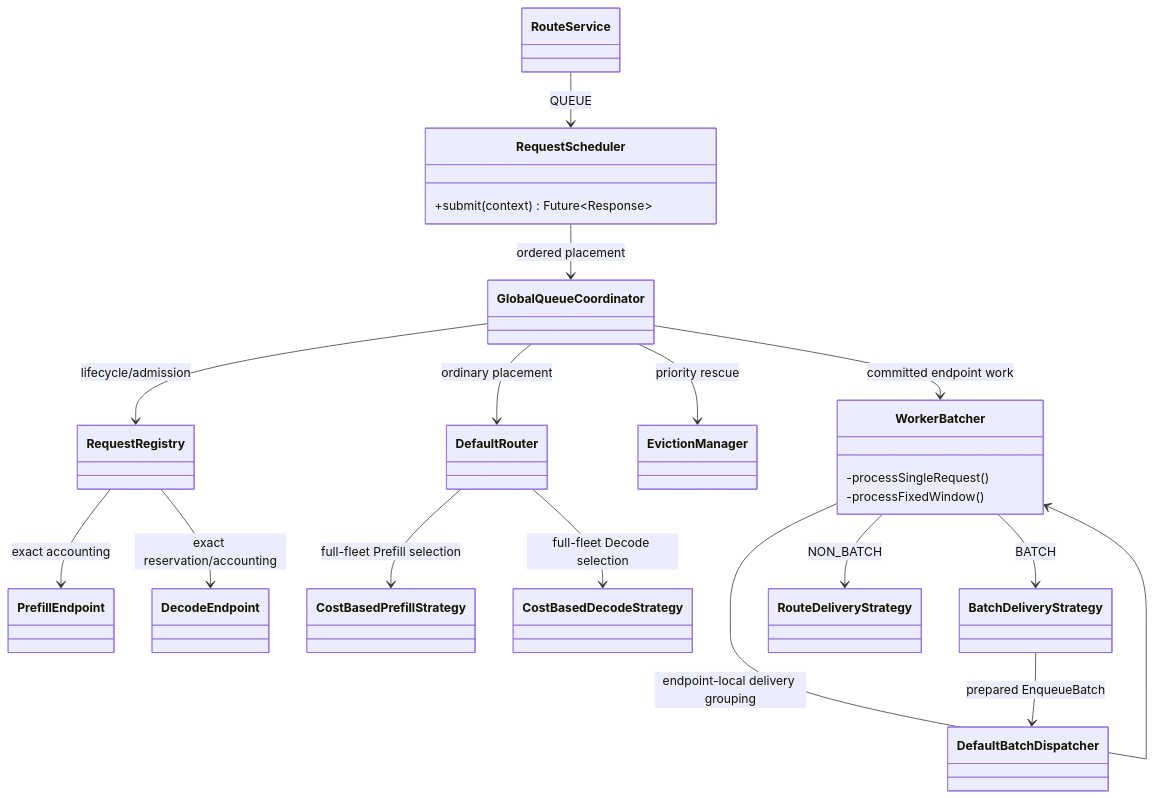
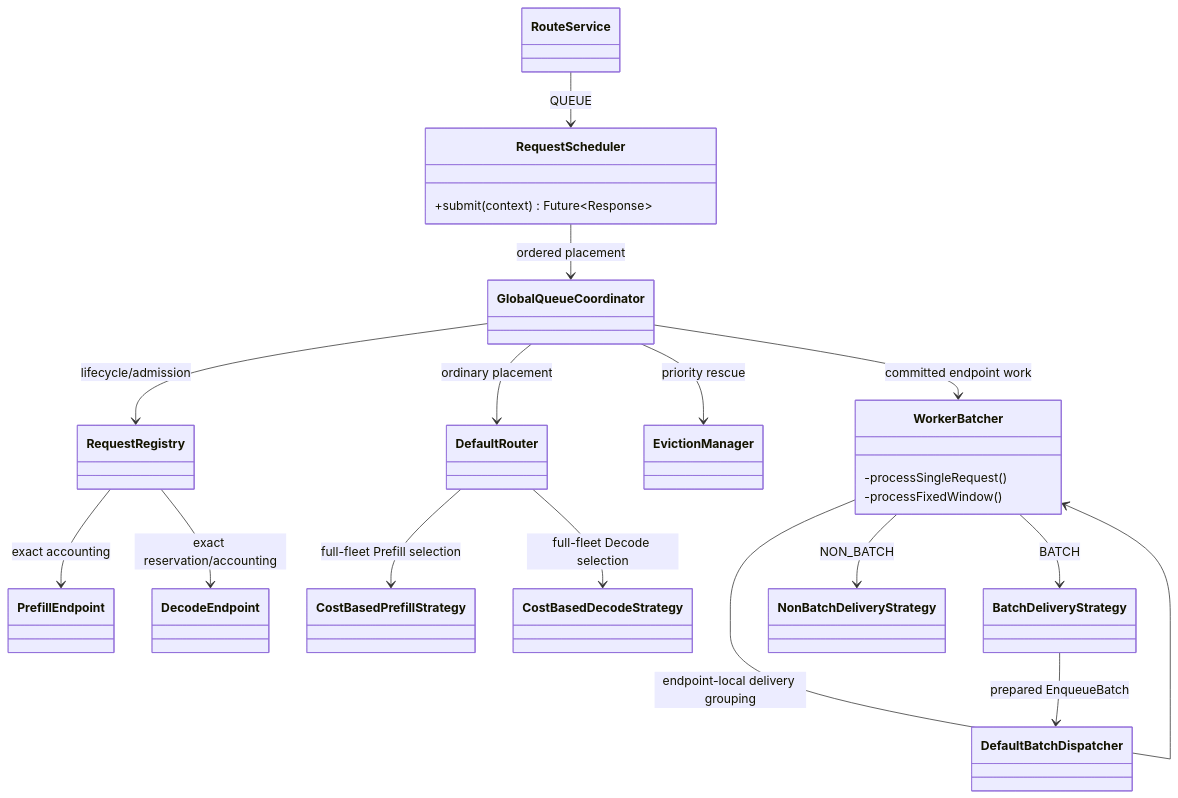
The first of 2 diagrams in rtp_llm/flexlb/docs/priority-scheduler-delivery-modes.md (alibaba/rtp-llm), drawn with Mermaid before and after one commit. The commit also changed 4 other files, not shown here.

First line of the commit message:
refactor(flexlb): move NonBatchTransaction out of NonBatchDeliveryStrategy

````diff
--- a/rtp_llm/flexlb/docs/priority-scheduler-delivery-modes.md
+++ b/rtp_llm/flexlb/docs/priority-scheduler-delivery-modes.md
@@ -27,37 +27,37 @@
 ```mermaid
 classDiagram
     class RouteService
     class DefaultRouter
     class CostBasedPrefillStrategy
     class CostBasedDecodeStrategy
     class RequestScheduler {
         +submit(context) Future~Response~
     }
     class GlobalQueueCoordinator
     class RequestRegistry
     class EvictionManager
     class WorkerBatcher {
         -processSingleRequest()
         -processFixedWindow()
     }
-    class RouteDeliveryStrategy
+    class NonBatchDeliveryStrategy
     class BatchDeliveryStrategy
     class DefaultBatchDispatcher
     class PrefillEndpoint
     class DecodeEndpoint
 
     RouteService --> RequestScheduler : QUEUE
     DefaultRouter --> CostBasedPrefillStrategy : full-fleet Prefill selection
     DefaultRouter --> CostBasedDecodeStrategy : full-fleet Decode selection
     RequestScheduler --> GlobalQueueCoordinator : ordered placement
     GlobalQueueCoordinator --> RequestRegistry : lifecycle/admission
     GlobalQueueCoordinator --> DefaultRouter : ordinary placement
     GlobalQueueCoordinator --> EvictionManager : priority rescue
     GlobalQueueCoordinator --> WorkerBatcher : committed endpoint work
     WorkerBatcher --> WorkerBatcher : endpoint-local delivery grouping
-    WorkerBatcher --> RouteDeliveryStrategy : NON_BATCH
+    WorkerBatcher --> NonBatchDeliveryStrategy : NON_BATCH
     WorkerBatcher --> BatchDeliveryStrategy : BATCH
     BatchDeliveryStrategy --> DefaultBatchDispatcher : prepared EnqueueBatch
     RequestRegistry --> PrefillEndpoint : exact accounting
     RequestRegistry --> DecodeEndpoint : exact reservation/accounting
 ```
````
